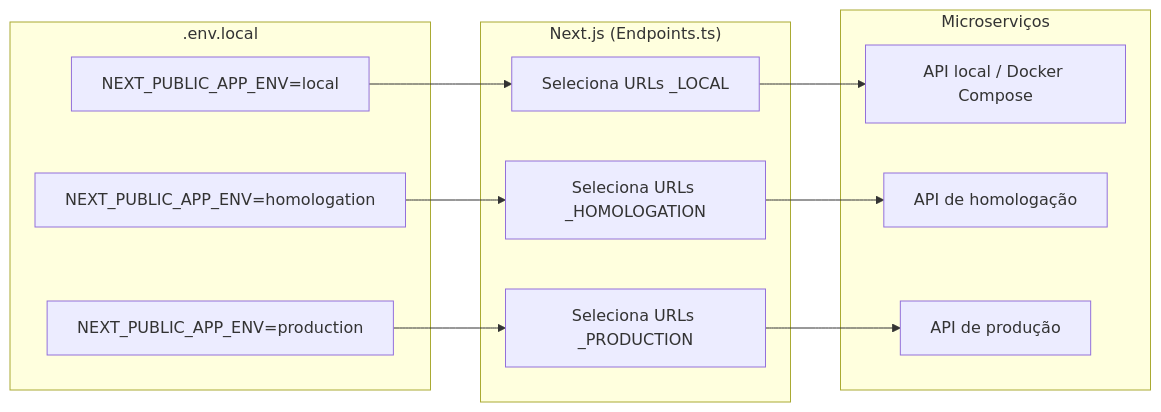
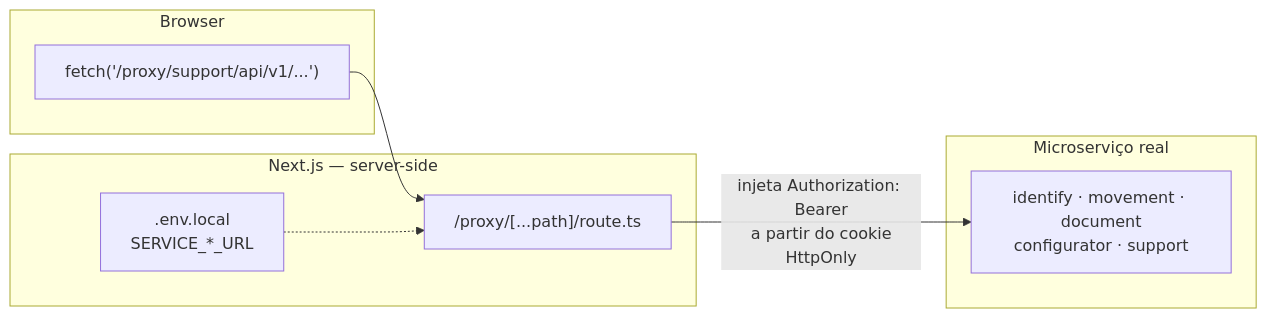
Before and after one commit to finlumia/finlumia_frontend: the diagram in README.md, drawn with Mermaid. The commit also changed other lines of this file and 7 other files, not shown here.

````diff
--- a/README.md
+++ b/README.md
@@ -185,24 +185,19 @@
 ```mermaid
 flowchart LR
-    subgraph config [".env.local"]
-        A["NEXT_PUBLIC_APP_ENV=local"]
-        B["NEXT_PUBLIC_APP_ENV=homologation"]
-        C["NEXT_PUBLIC_APP_ENV=production"]
+    subgraph browser ["Browser"]
+        A["fetch('/proxy/support/api/v1/...')"]
     end
 
-    subgraph frontend ["Next.js (Endpoints.ts)"]
-        D["Seleciona URLs _LOCAL"]
-        E["Seleciona URLs _HOMOLOGATION"]
-        F["Seleciona URLs _PRODUCTION"]
+    subgraph nextjs ["Next.js — server-side"]
+        B["/proxy/[...path]/route.ts"]
+        C[".env.local\nSERVICE_*_URL"]
     end
 
-    subgraph backend ["Microserviços"]
-        G["API local / Docker Compose"]
-        H["API de homologação"]
-        I["API de produção"]
+    subgraph backend ["Microserviço real"]
+        D["identify · movement · document\nconfigurator · support"]
     end
 
-    A --> D --> G
-    B --> E --> H
-    C --> F --> I
+    A --> B
+    C -.-> B
+    B -->|injeta Authorization: Bearer\n a partir do cookie HttpOnly| D
 ```
````
